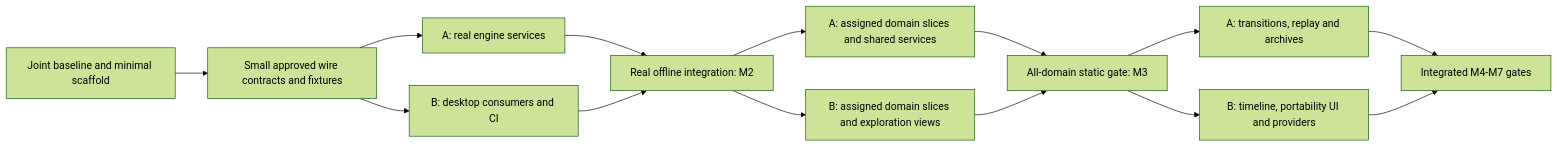
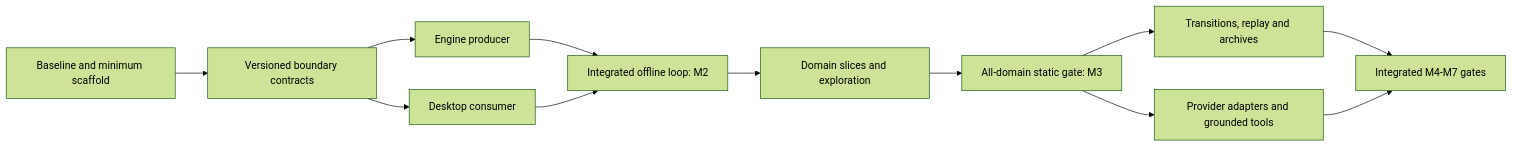
The diagram in docs/implementation_roadmap.md (playa77/poliscope), drawn with Mermaid (forest theme) before and after one commit. The commit also changed other lines of this file and 4 other files, not shown here.

````diff
--- a/docs/implementation_roadmap.md
+++ b/docs/implementation_roadmap.md
@@ -78,16 +78,14 @@
 ```mermaid
 flowchart LR
-    BASE["Joint baseline and minimal scaffold"] --> WIRE["Small approved wire contracts and fixtures"]
-    WIRE --> ENGINE["A: real engine services"]
-    WIRE --> DESKTOP["B: desktop consumers and CI"]
-    ENGINE --> SLICE["Real offline integration: M2"]
+    BASE["Baseline and minimum scaffold"] --> WIRE["Versioned boundary contracts"]
+    WIRE --> ENGINE["Engine producer"]
+    WIRE --> DESKTOP["Desktop consumer"]
+    ENGINE --> SLICE["Integrated offline loop: M2"]
     DESKTOP --> SLICE
-    SLICE --> ADOM["A: assigned domain slices and shared services"]
-    SLICE --> BDOM["B: assigned domain slices and exploration views"]
-    ADOM --> STATIC["All-domain static gate: M3"]
-    BDOM --> STATIC
-    STATIC --> TIME["A: transitions, replay and archives"]
-    STATIC --> UX["B: timeline, portability UI and providers"]
+    SLICE --> DOMAIN["Domain slices and exploration"]
+    DOMAIN --> STATIC["All-domain static gate: M3"]
+    STATIC --> TIME["Transitions, replay and archives"]
+    STATIC --> AI["Provider adapters and grounded tools"]
     TIME --> FINAL["Integrated M4-M7 gates"]
-    UX --> FINAL
+    AI --> FINAL
 ```
````
